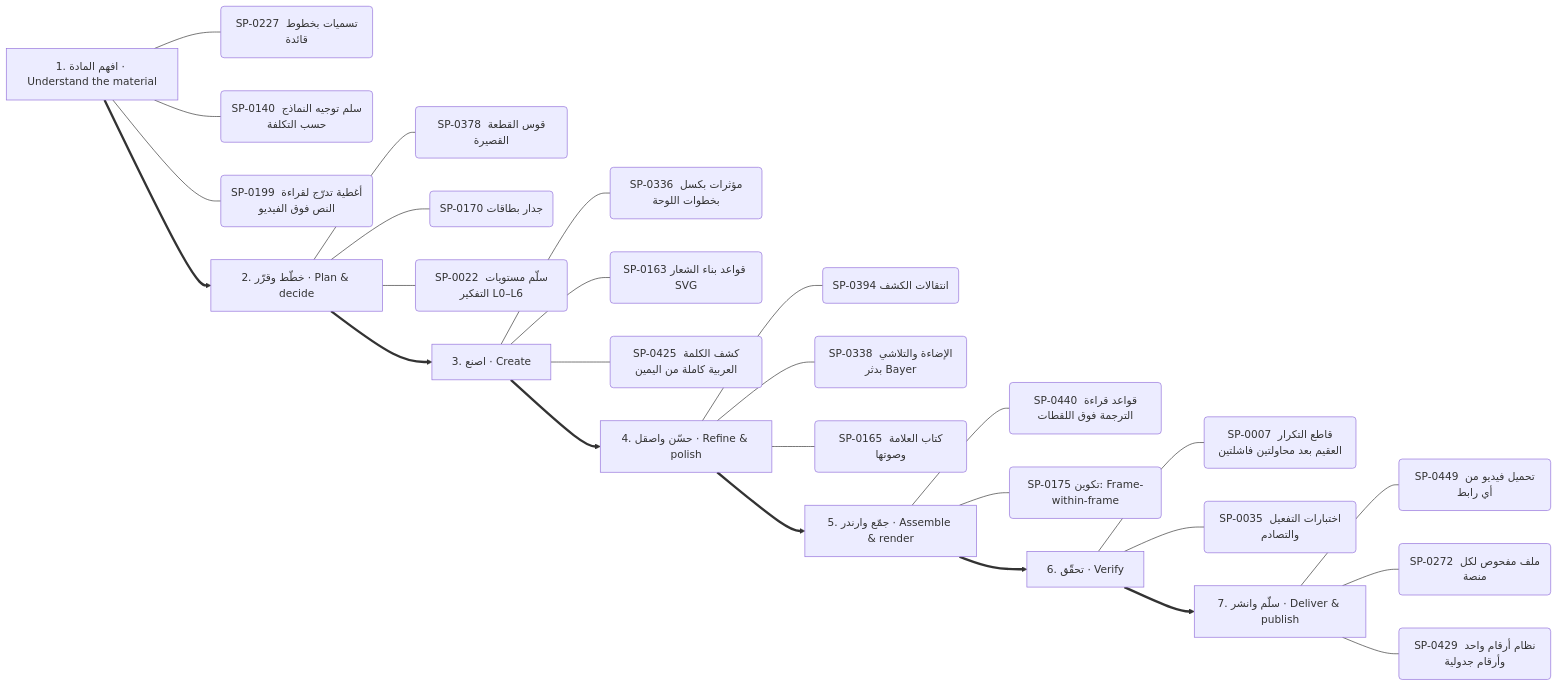
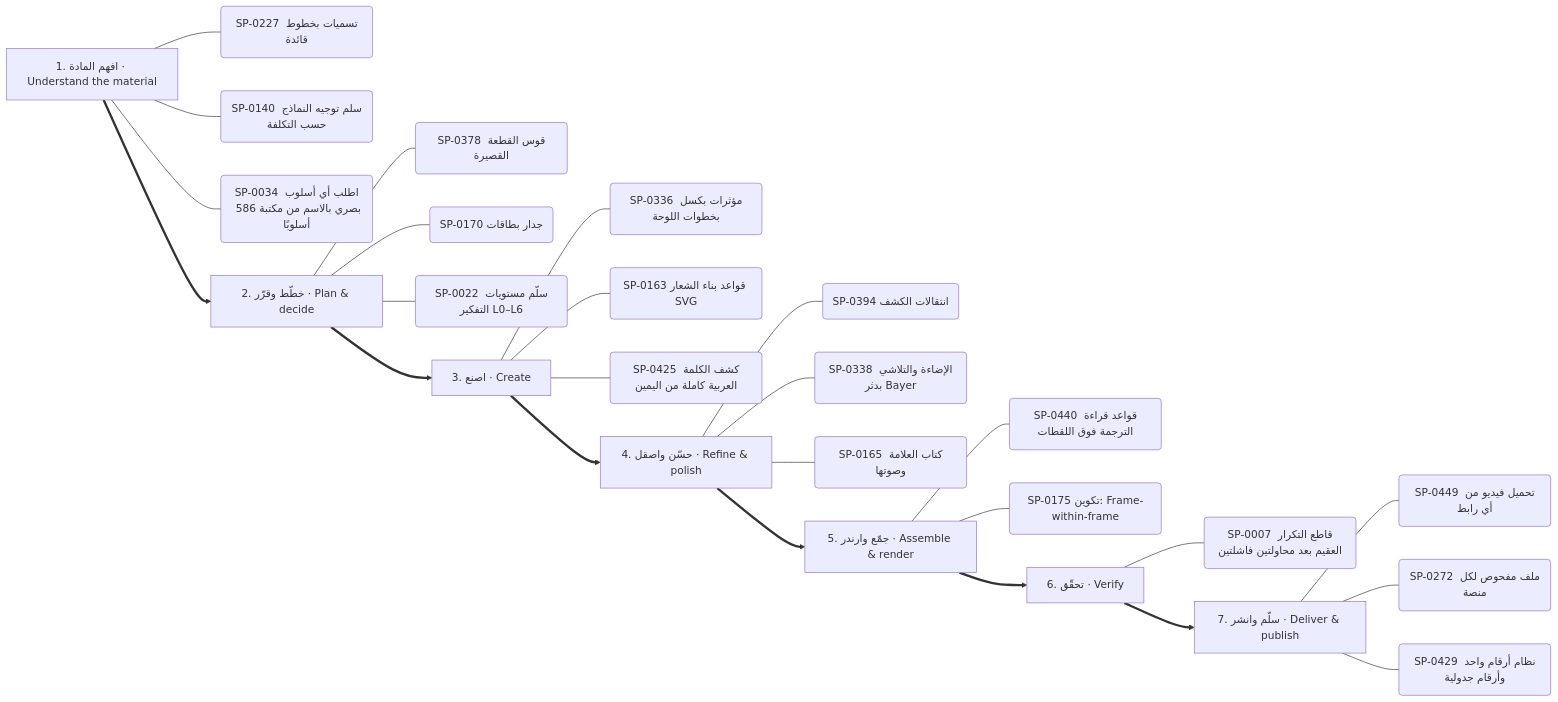
The sixth of 13 diagrams in .claude/skills/kosif-superpowers/references/capability-mindmap.md (kosif199022-jpg/kosif-tool), drawn with Mermaid before and after one commit. The commit also changed other lines of this file and 50 other files, not shown here.

````diff
--- a/.claude/skills/kosif-superpowers/references/capability-mindmap.md
+++ b/.claude/skills/kosif-superpowers/references/capability-mindmap.md
@@ -313,35 +313,34 @@
 ```mermaid
 flowchart LR
   S0["1. افهم المادة · Understand the material"]
   S0 --- S0_0("SP-0227 تسميات بخطوط قائدة")
   S0 --- S0_1("SP-0140 سلم توجيه النماذج حسب التكلفة")
-  S0 --- S0_2("SP-0199 أغطية تدرّج لقراءة النص فوق الفيديو")
+  S0 --- S0_2("SP-0034 اطلب أي أسلوب بصري بالاسم من مكتبة 586 أسلوبًا")
   S1["2. خطّط وقرّر · Plan & decide"]
   S1 --- S1_0("SP-0378 قوس القطعة القصيرة")
   S1 --- S1_1("SP-0170 جدار بطاقات")
   S1 --- S1_2("SP-0022 سلّم مستويات التفكير L0–L6")
   S0 ==> S1
   S2["3. اصنع · Create"]
   S2 --- S2_0("SP-0336 مؤثرات بكسل بخطوات اللوحة")
   S2 --- S2_1("SP-0163 قواعد بناء الشعار SVG")
   S2 --- S2_2("SP-0425 كشف الكلمة العربية كاملة من اليمين")
   S1 ==> S2
   S3["4. حسّن واصقل · Refine & polish"]
   S3 --- S3_0("SP-0394 انتقالات الكشف")
   S3 --- S3_1("SP-0338 الإضاءة والتلاشي بدثر Bayer")
   S3 --- S3_2("SP-0165 كتاب العلامة وصوتها")
   S2 ==> S3
   S4["5. جمّع وارندر · Assemble & render"]
   S4 --- S4_0("SP-0440 قواعد قراءة الترجمة فوق اللقطات")
   S4 --- S4_1("SP-0175 تكوين: Frame-within-frame")
   S3 ==> S4
   S5["6. تحقّق · Verify"]
   S5 --- S5_0("SP-0007 قاطع التكرار العقيم بعد محاولتين فاشلتين")
-  S5 --- S5_1("SP-0035 اختبارات التفعيل والتصادم")
   S4 ==> S5
   S6["7. سلّم وانشر · Deliver & publish"]
   S6 --- S6_0("SP-0449 تحميل فيديو من أي رابط")
   S6 --- S6_1("SP-0272 ملف مفحوص لكل منصة")
   S6 --- S6_2("SP-0429 نظام أرقام واحد وأرقام جدولية")
   S5 ==> S6
 ```
````
